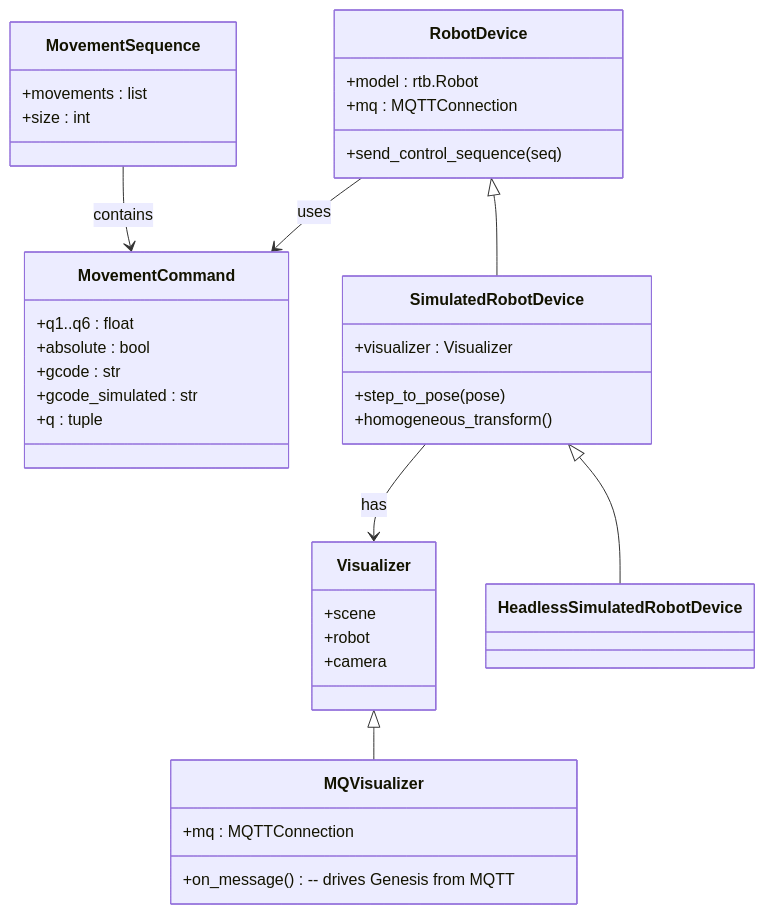
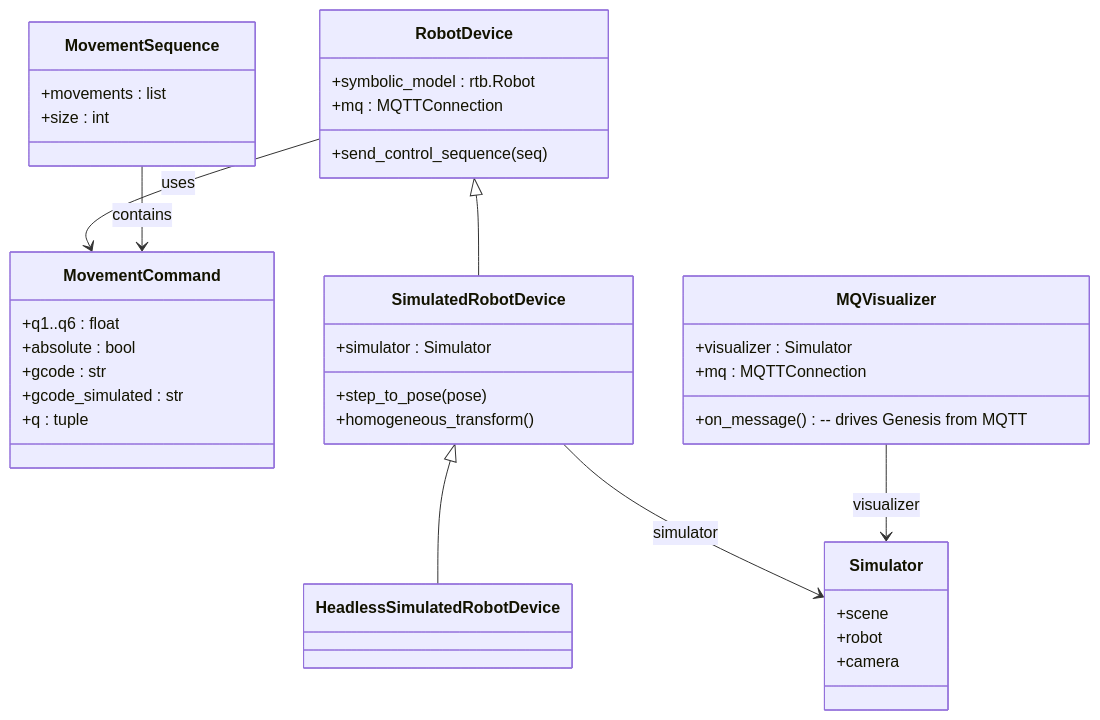
Before and after one commit to leogolds/ManiPylator: the third of 6 diagrams in docs/ARCHITECTURE.md, drawn with Mermaid. The commit also changed other lines of this file and 12 other files, not shown here.

First line of the commit message:
Update API documentation and refactor robot model references

````diff
--- a/docs/ARCHITECTURE.md
+++ b/docs/ARCHITECTURE.md
@@ -194,47 +194,48 @@
 ```mermaid
 classDiagram
     class MovementCommand {
         +q1..q6 : float
         +absolute : bool
         +gcode : str
         +gcode_simulated : str
         +q : tuple
     }
 
     class MovementSequence {
         +movements : list
         +size : int
     }
 
     class RobotDevice {
-        +model : rtb.Robot
+        +symbolic_model : rtb.Robot
         +mq : MQTTConnection
         +send_control_sequence(seq)
     }
 
-    class Visualizer {
+    class Simulator {
         +scene
         +robot
         +camera
     }
 
     class SimulatedRobotDevice {
-        +visualizer : Visualizer
+        +simulator : Simulator
         +step_to_pose(pose)
         +homogeneous_transform()
     }
 
     class HeadlessSimulatedRobotDevice
 
     class MQVisualizer {
+        +visualizer : Simulator
         +mq : MQTTConnection
         +on_message() -- drives Genesis from MQTT
     }
 
     RobotDevice <|-- SimulatedRobotDevice
     SimulatedRobotDevice <|-- HeadlessSimulatedRobotDevice
-    Visualizer <|-- MQVisualizer
-    SimulatedRobotDevice --> Visualizer : has
+    SimulatedRobotDevice --> Simulator : simulator
+    MQVisualizer --> Simulator : visualizer
     RobotDevice --> MovementCommand : uses
     MovementSequence --> MovementCommand : contains
 ```
````
